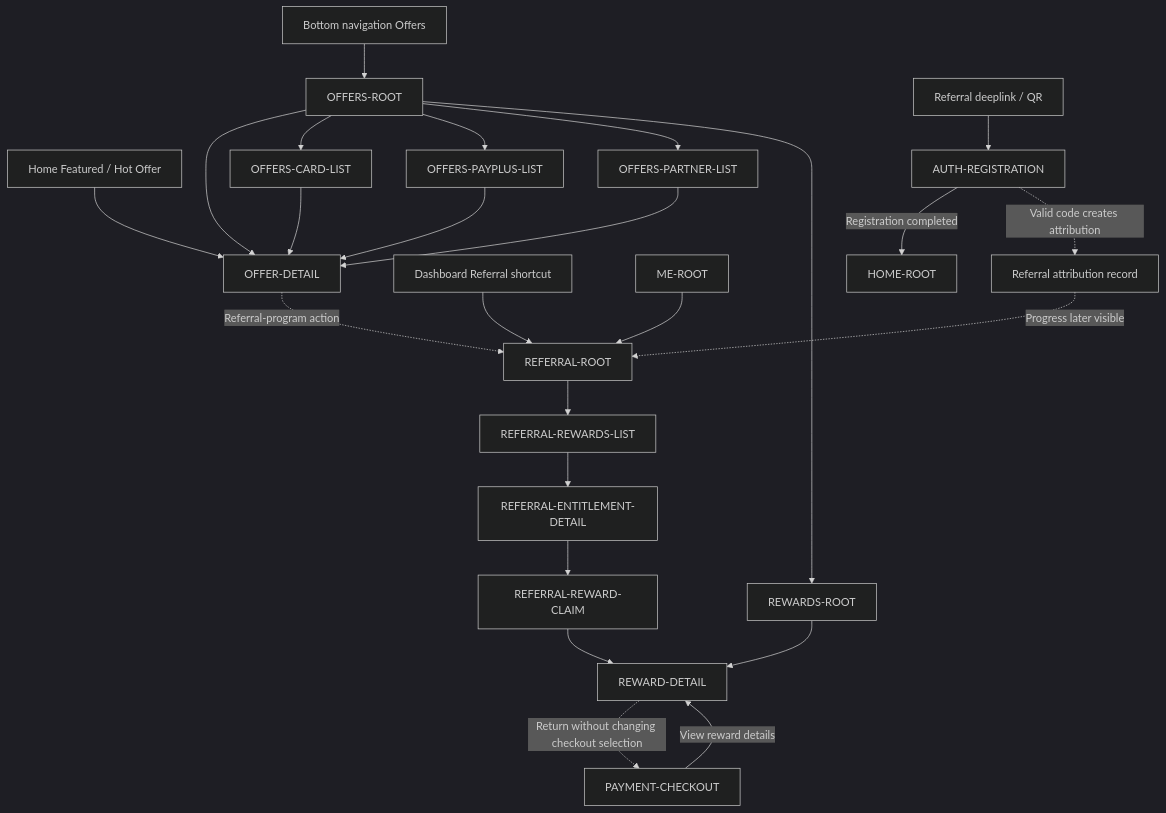
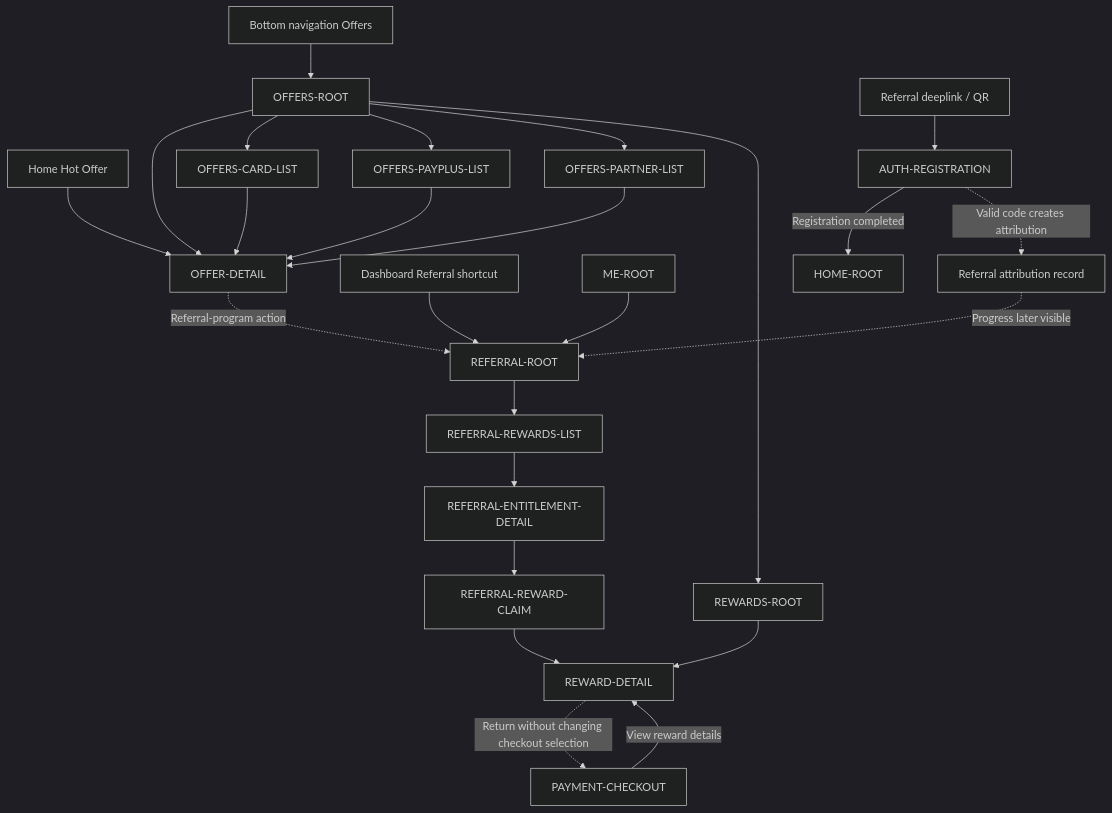
One commit to adminpayplus/payplus-docs changed the diagram in docs/diagrams/routes/payplus-offers-rewards-referral-route-map.md. Above: the diagram before and after it, drawn with Mermaid (dark theme). The commit also changed other lines of this file and 17 other files, not shown here.

````diff
--- a/docs/diagrams/routes/payplus-offers-rewards-referral-route-map.md
+++ b/docs/diagrams/routes/payplus-offers-rewards-referral-route-map.md
@@ -7,30 +7,30 @@
 ```mermaid
 flowchart TD
   NAV["Bottom navigation Offers"] --> OFFERS["OFFERS-ROOT"]
-  HOME["Home Featured / Hot Offer"] --> OFFERDETAIL["OFFER-DETAIL"]
+  HOME["Home Hot Offer"] --> OFFERDETAIL["OFFER-DETAIL"]
   OFFERS --> OFFERDETAIL
   OFFERS --> CARDLIST["OFFERS-CARD-LIST"]
   OFFERS --> PAYPLUSLIST["OFFERS-PAYPLUS-LIST"]
   OFFERS --> PARTNERLIST["OFFERS-PARTNER-LIST"]
   CARDLIST --> OFFERDETAIL
   PAYPLUSLIST --> OFFERDETAIL
   PARTNERLIST --> OFFERDETAIL
 
   OFFERS --> REWARDS["REWARDS-ROOT"]
   REWARDS --> REWARDDETAIL["REWARD-DETAIL"]
   CHECKOUT["PAYMENT-CHECKOUT"] -->|"View reward details"| REWARDDETAIL
   REWARDDETAIL -. "Return without changing checkout selection" .-> CHECKOUT
 
   SHORTCUT["Dashboard Referral shortcut"] --> REFERRAL["REFERRAL-ROOT"]
   ME["ME-ROOT"] --> REFERRAL
   OFFERDETAIL -. "Referral-program action" .-> REFERRAL
   REFERRAL --> REFLIST["REFERRAL-REWARDS-LIST"]
   REFLIST --> REFDETAIL["REFERRAL-ENTITLEMENT-DETAIL"]
   REFDETAIL --> CLAIM["REFERRAL-REWARD-CLAIM"]
   CLAIM --> REWARDDETAIL
 
   REFLINK["Referral deeplink / QR"] --> REGISTER["AUTH-REGISTRATION"]
   REGISTER -->|"Registration completed"| HOMEDEST["HOME-ROOT"]
   REGISTER -. "Valid code creates attribution" .-> ATTRIBUTION["Referral attribution record"]
   ATTRIBUTION -. "Progress later visible" .-> REFERRAL
 ```
````
